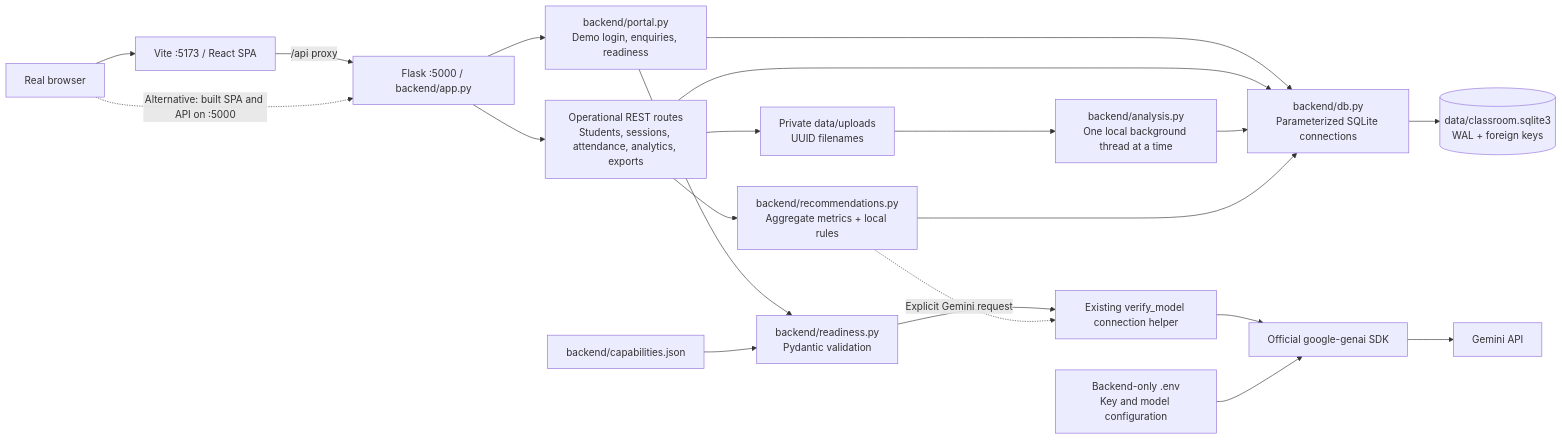
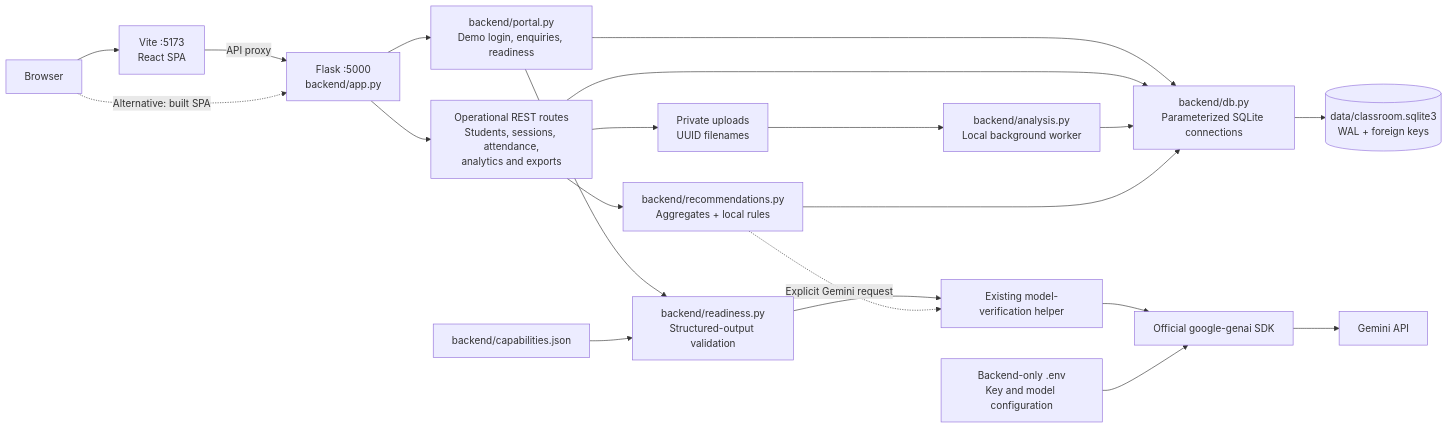
Before and after one commit to harsh5ingh/classroom-insight: the first of 5 diagrams in docs/ARCHITECTURE.md, drawn with Mermaid. The commit also changed other lines of this file and 5 other files, not shown here.

````diff
--- a/docs/ARCHITECTURE.md
+++ b/docs/ARCHITECTURE.md
@@ -7,23 +16,28 @@
 ```mermaid
 flowchart LR
-    Browser["Real browser"] --> Vite["Vite :5173 / React SPA"]
-    Vite -->|"/api proxy"| Flask["Flask :5000 / backend/app.py"]
-    Browser -. "Alternative: built SPA and API on :5000" .-> Flask
-    Flask --> Portal["backend/portal.py\nDemo login, enquiries, readiness"]
-    Flask --> Core["Operational REST routes\nStudents, sessions, attendance, analytics, exports"]
-    Portal --> DB["backend/db.py\nParameterized SQLite connections"]
+    Browser["Browser"] --> Vite["Vite :5173<br/>React SPA"]
+    Vite -->|"API proxy"| Flask["Flask :5000<br/>backend/app.py"]
+    Browser -.->|"Alternative: built SPA"| Flask
+
+    Flask --> Portal["backend/portal.py<br/>Demo login, enquiries, readiness"]
+    Flask --> Core["Operational REST routes<br/>Students, sessions, attendance,<br/>analytics and exports"]
+
+    Portal --> DB["backend/db.py<br/>Parameterized SQLite connections"]
     Core --> DB
-    DB --> SQLite[("data/classroom.sqlite3\nWAL + foreign keys")]
-    Core --> Media["Private data/uploads\nUUID filenames"]
-    Media --> Worker["backend/analysis.py\nOne local background thread at a time"]
+    DB --> SQLite[("data/classroom.sqlite3<br/>WAL + foreign keys")]
+
+    Core --> Media["Private uploads<br/>UUID filenames"]
+    Media --> Worker["backend/analysis.py<br/>Local background worker"]
     Worker --> DB
-    Core --> Recommendations["backend/recommendations.py\nAggregate metrics + local rules"]
+
+    Core --> Recommendations["backend/recommendations.py<br/>Aggregates + local rules"]
     Recommendations --> DB
-    Portal --> Readiness["backend/readiness.py\nPydantic validation"]
+
+    Portal --> Readiness["backend/readiness.py<br/>Structured-output validation"]
     Catalog["backend/capabilities.json"] --> Readiness
-    Readiness --> Connection["Existing verify_model connection helper"]
-    Recommendations -. "Explicit Gemini request" .-> Connection
+    Readiness --> Connection["Existing model-verification helper"]
+    Recommendations -.->|"Explicit Gemini request"| Connection
     Connection --> SDK["Official google-genai SDK"]
-    Env["Backend-only .env\nKey and model configuration"] --> SDK
+    Env["Backend-only .env<br/>Key and model configuration"] --> SDK
     SDK --> Gemini["Gemini API"]
 ```
````
